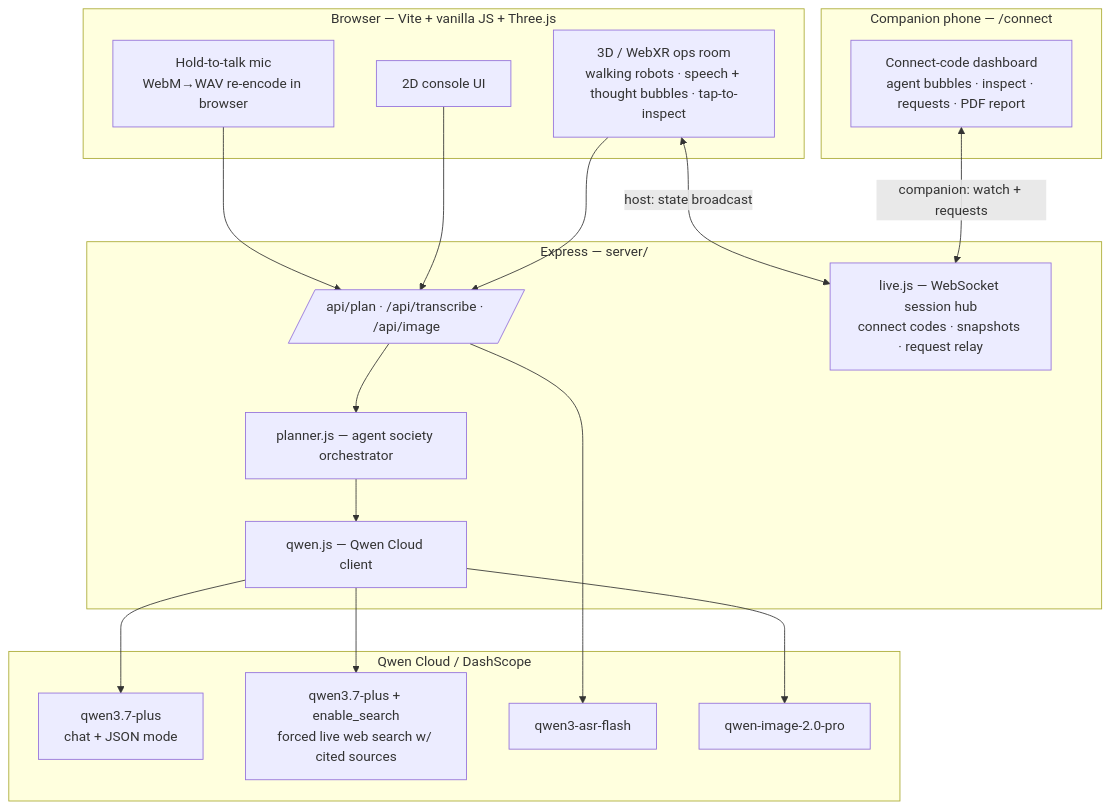
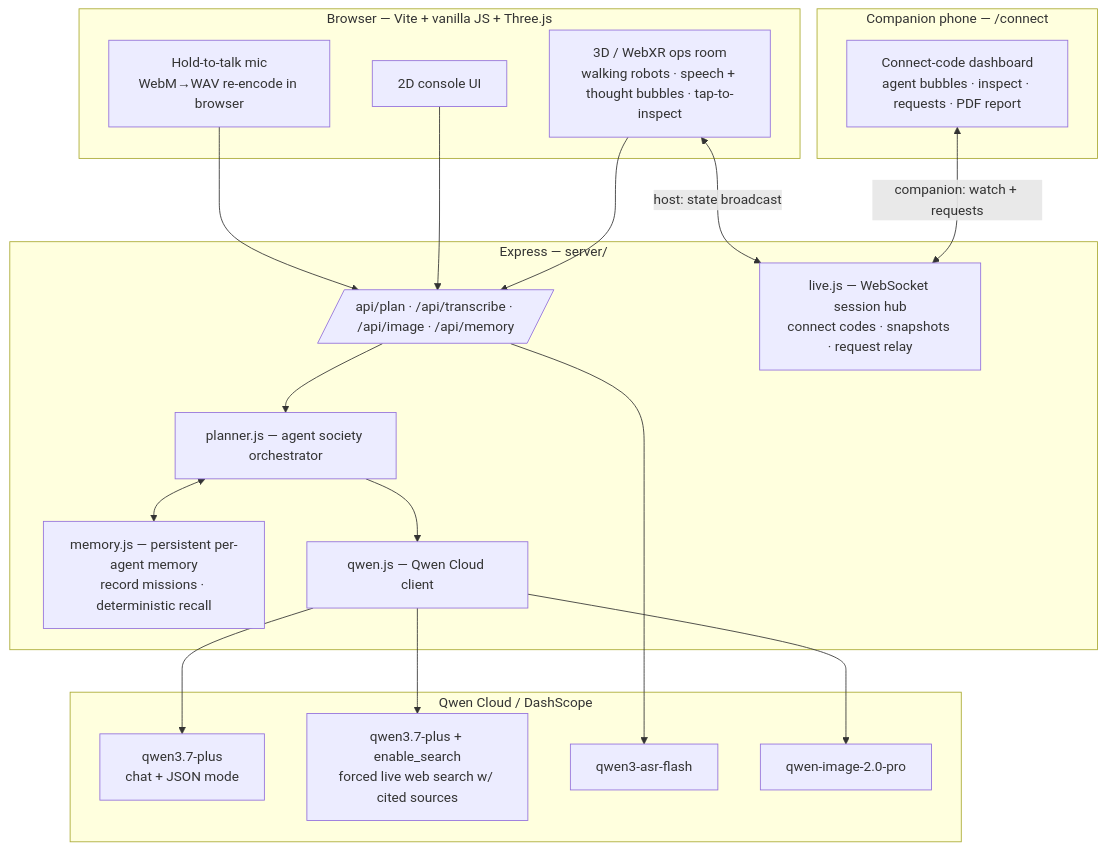
The first of 2 diagrams in docs/ARCHITECTURE.md (teawa-b/QwenHackathon-2), drawn with Mermaid before and after one commit. The commit also changed other lines of this file and 14 other files, not shown here.

First line of the commit message:
Persistent agent memory, real LLM negotiation, branding and landing polish

````diff
--- a/docs/ARCHITECTURE.md
+++ b/docs/ARCHITECTURE.md
@@ -7,32 +7,34 @@
 ```mermaid
 flowchart TB
     subgraph Client [Browser — Vite + vanilla JS + Three.js]
         UI[2D console UI]
         XR[3D / WebXR ops room<br/>walking robots · speech + thought bubbles · tap-to-inspect]
         MIC[Hold-to-talk mic<br/>WebM→WAV re-encode in browser]
     end
 
     subgraph Phone [Companion phone — /connect]
         CC[Connect-code dashboard<br/>agent bubbles · inspect · requests · PDF report]
     end
 
     subgraph Server [Express — server/]
-        API[/api/plan · /api/transcribe · /api/image/]
+        API[/api/plan · /api/transcribe · /api/image · /api/memory/]
         WS[live.js — WebSocket session hub<br/>connect codes · snapshots · request relay]
         PL[planner.js — agent society orchestrator]
+        MEM[memory.js — persistent per-agent memory<br/>record missions · deterministic recall]
         QW[qwen.js — Qwen Cloud client]
     end
 
     subgraph Qwen [Qwen Cloud / DashScope]
         TXT[qwen3.7-plus<br/>chat + JSON mode]
         SRCH[qwen3.7-plus + enable_search<br/>forced live web search w/ cited sources]
         ASR[qwen3-asr-flash]
         IMG[qwen-image-2.0-pro]
     end
 
     MIC --> API --> ASR
     UI & XR --> API --> PL --> QW
+    PL <--> MEM
     QW --> TXT & SRCH & IMG
     XR <-->|host: state broadcast| WS
     CC <-->|companion: watch + requests| WS
 ```
````
